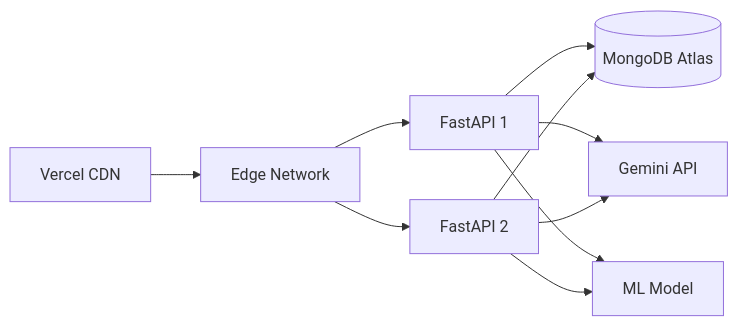
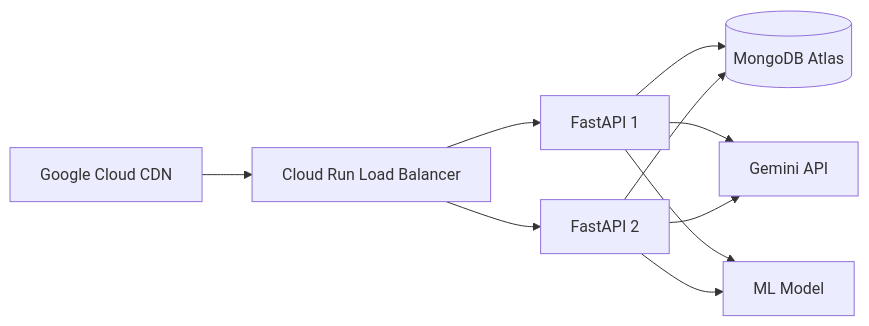
The fourth of 5 diagrams in docs/Diagrams.md (prasadbhalerao1/QueueHackathon), drawn with Mermaid before and after one commit. The commit also changed 8 other files, not shown here.

Commit message:
docs: remove Vercel references from documentation and update for Cloud Run

````diff
--- a/docs/Diagrams.md
+++ b/docs/Diagrams.md
@@ -115,9 +115,9 @@
 ```mermaid
 graph LR
-    CDN["Vercel CDN"] --> LB["Edge Network"]
+    CDN["Google Cloud CDN"] --> LB["Cloud Run Load Balancer"]
     LB --> App1["FastAPI 1"]
     LB --> App2["FastAPI 2"]
     App1 & App2 --> Mongo[("MongoDB Atlas")]
     App1 & App2 --> Gemini["Gemini API"]
     App1 & App2 --> ML["ML Model"]
 ```
````
